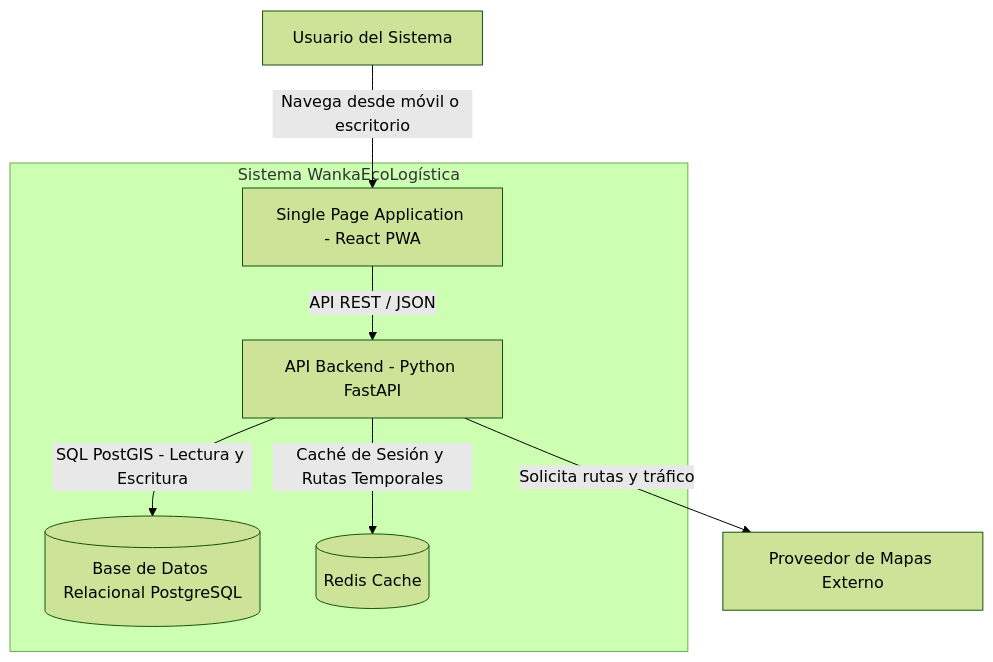
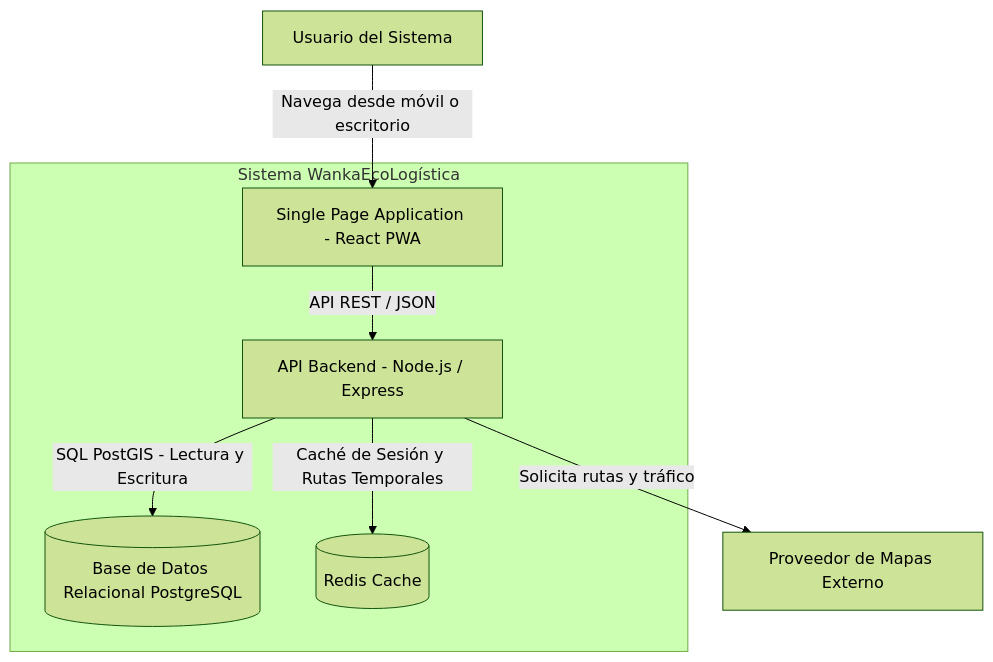
The second of 3 diagrams in docs/01 Inicio/12. Modelo C4 V_1_0_0.md (Nario1/WankaEcoLogistica), drawn with Mermaid (forest theme) before and after one commit. The commit also changed other lines of this file and 2 other files, not shown here.

Commit message:
Actualización de la documentación del backend a Node.js y Express

````diff
--- a/docs/01 Inicio/12. Modelo C4 V_1_0_0.md
+++ b/docs/01 Inicio/12. Modelo C4 V_1_0_0.md
@@ -36,11 +36,11 @@
 ```mermaid
 graph TD
     subgraph sistema["Sistema WankaEcoLogística"]
-        WA["Single Page Application - React PWA"] -->|"API REST / JSON"| API["API Backend - Python FastAPI"]
+        WA["Single Page Application - React PWA"] -->|"API REST / JSON"| API["API Backend - Node.js / Express"]
         API -->|"SQL PostGIS - Lectura y Escritura"| DB[("Base de Datos Relacional PostgreSQL")]
         API -->|"Caché de Sesión y Rutas Temporales"| Cache[("Redis Cache")]
     end
 
     User["Usuario del Sistema"] -->|"Navega desde móvil o escritorio"| WA
     API -->|"Solicita rutas y tráfico"| ExtMap["Proveedor de Mapas Externo"]
 ```
````
